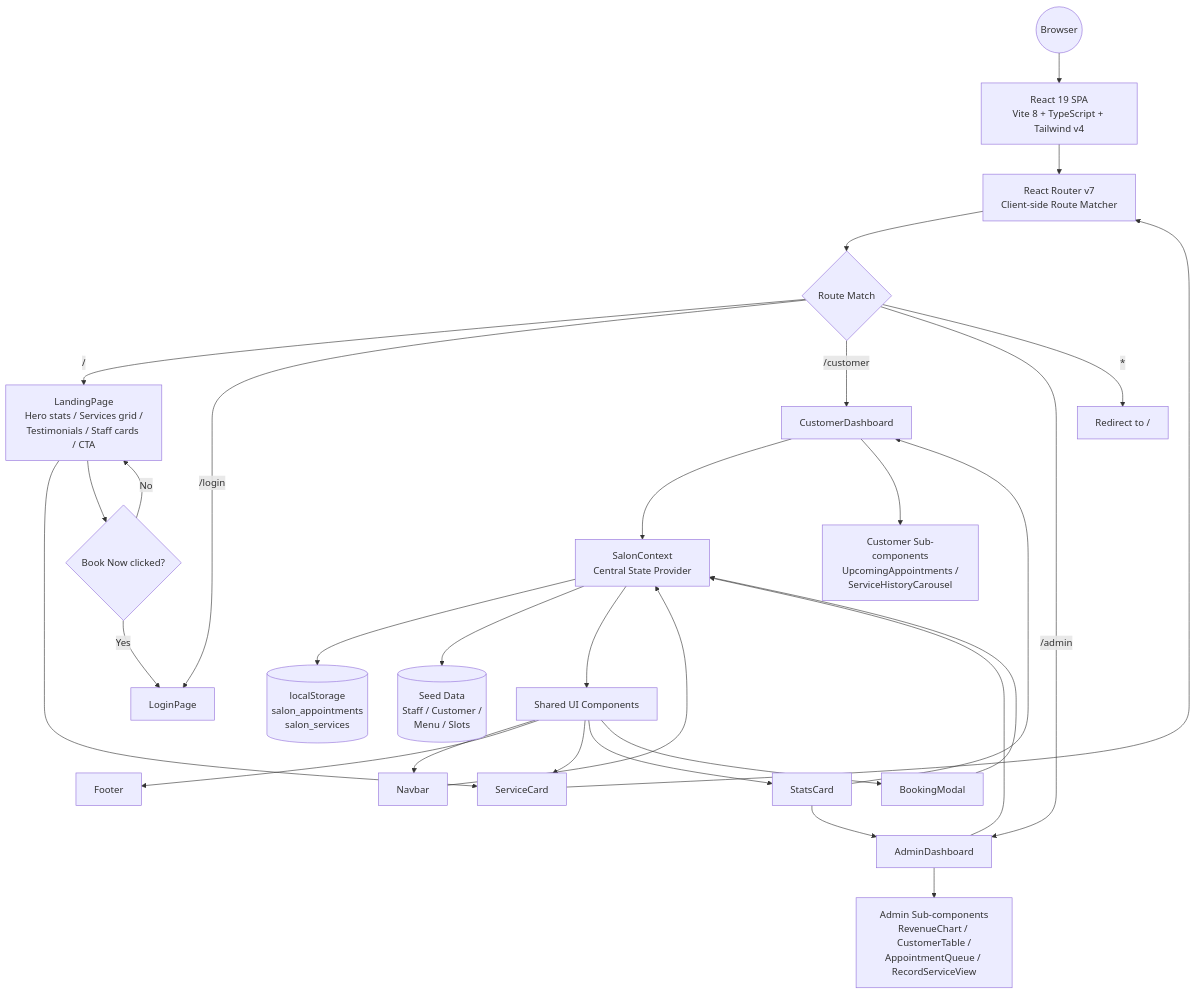
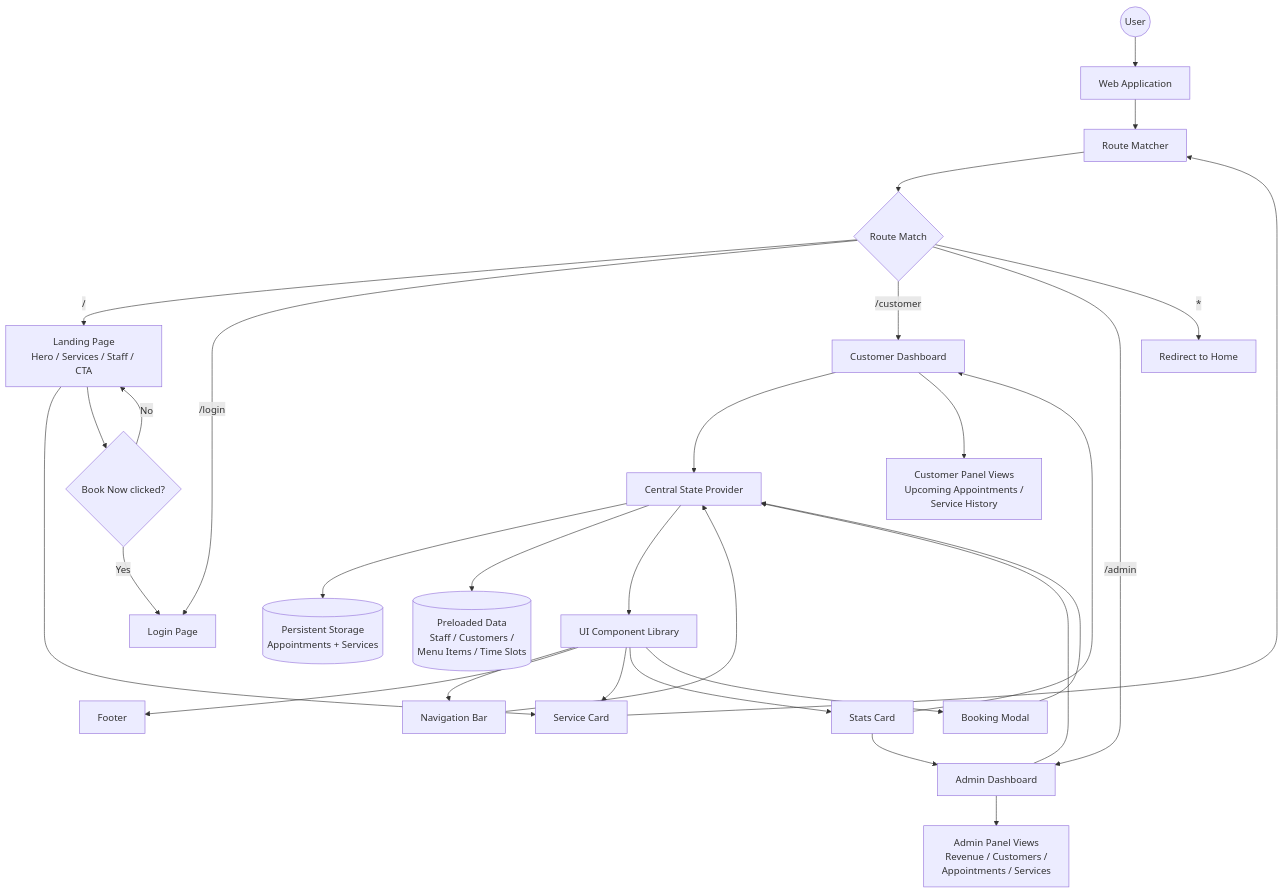
One commit to pandadoor/crm changed the first of 2 diagrams in README.md. Above: the diagram before and after it, drawn with Mermaid. The commit also changed other lines of this file, not shown here.

Commit message:
Remove technical jargon from flowcharts (React, Vite, Router, localStorage, function calls, code syntax)

````diff
--- a/README.md
+++ b/README.md
@@ -52,34 +52,34 @@
 ```mermaid
 graph TD
-    ENTRY(("Browser")) --> SPA["React 19 SPA<br/>Vite 8 + TypeScript + Tailwind v4"]
-    SPA --> ROUTER["React Router v7<br/>Client-side Route Matcher"]
+    ENTRY(("User")) --> APP["Web Application"]
+    APP --> ROUTER["Route Matcher"]
     ROUTER --> RESOLVE{"Route Match"}
-    RESOLVE -->|"/"| LANDING["LandingPage<br/>Hero stats / Services grid /<br/>Testimonials / Staff cards / CTA"]
-    RESOLVE -->|"/login"| LOGIN["LoginPage"]
-    RESOLVE -->|"/customer"| CUSTOMER["CustomerDashboard"]
-    RESOLVE -->|"/admin"| ADMIN["AdminDashboard"]
-    RESOLVE -->|"*"| CATCHALL["Redirect to /"]
+    RESOLVE -->|"/"| LANDING["Landing Page<br/>Hero / Services / Staff / CTA"]
+    RESOLVE -->|"/login"| LOGIN["Login Page"]
+    RESOLVE -->|"/customer"| CUSTOMER["Customer Dashboard"]
+    RESOLVE -->|"/admin"| ADMIN["Admin Dashboard"]
+    RESOLVE -->|"*"| CATCHALL["Redirect to Home"]
 
-    CUSTOMER --> CTX["SalonContext<br/>Central State Provider"]
+    CUSTOMER --> CTX["Central State Provider"]
     ADMIN --> CTX
-    CTX --> STORE[(localStorage<br/>salon_appointments<br/>salon_services)]
-    CTX --> SEED[(Seed Data<br/>Staff / Customer /<br/>Menu / Slots)]
-    CTX --> UI["Shared UI Components"]
-    UI --> NAV["Navbar"]
+    CTX --> STORE[(Persistent Storage<br/>Appointments + Services)]
+    CTX --> SEED[(Preloaded Data<br/>Staff / Customers /<br/>Menu Items / Time Slots)]
+    CTX --> UI["UI Component Library"]
+    UI --> NAV["Navigation Bar"]
     UI --> FOOT["Footer"]
-    UI --> SCARD["ServiceCard"]
-    UI --> STATS["StatsCard"]
-    UI --> MODAL["BookingModal"]
+    UI --> SCARD["Service Card"]
+    UI --> STATS["Stats Card"]
+    UI --> MODAL["Booking Modal"]
     NAV --> CTX
     SCARD --> ROUTER
     STATS --> CUSTOMER
     STATS --> ADMIN
     MODAL --> CTX
 
     LANDING --> SCARD
-    ADMIN --> COMP["Admin Sub-components<br/>RevenueChart / CustomerTable /<br/>AppointmentQueue / RecordServiceView"]
-    CUSTOMER --> COMP2["Customer Sub-components<br/>UpcomingAppointments /<br/>ServiceHistoryCarousel"]
+    ADMIN --> COMP["Admin Panel Views<br/>Revenue / Customers /<br/>Appointments / Services"]
+    CUSTOMER --> COMP2["Customer Panel Views<br/>Upcoming Appointments /<br/>Service History"]
     LANDING --> LINK{"Book Now clicked?"}
     LINK -->|Yes| LOGIN
     LINK -->|No| LANDING
 ```
````
